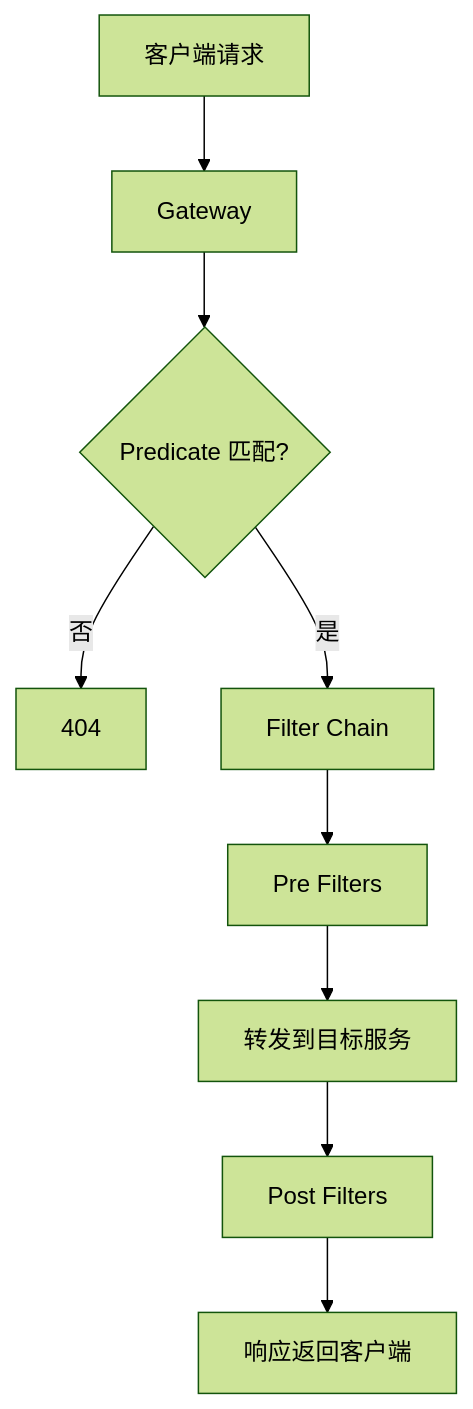
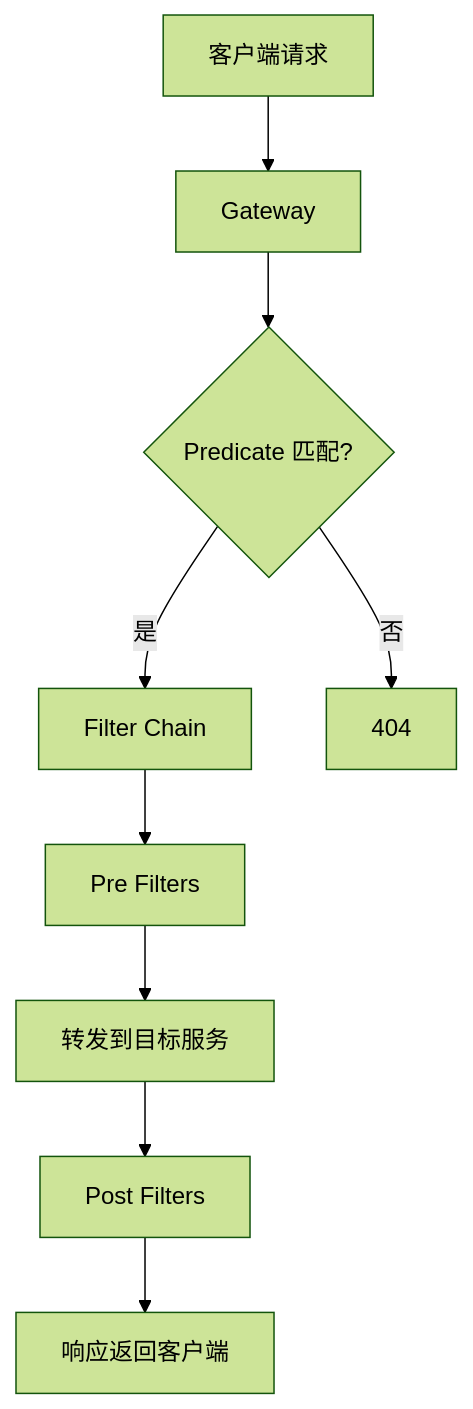
One commit to mansteinr/note-book changed the seventh of 9 diagrams in Java/黑马面试题/Spring全家桶高频面试题详解.md. Above: the diagram before and after it, drawn with Mermaid (forest theme). The commit also changed other lines of this file and 1 other file, not shown here.

Commit message:
spring流程图优化

````diff
--- a/Java/黑马面试题/Spring全家桶高频面试题详解.md
+++ b/Java/黑马面试题/Spring全家桶高频面试题详解.md
@@ -1397,11 +1489,11 @@
 ```mermaid
 flowchart TB
     C[客户端请求] --> G[Gateway]
     G --> P{Predicate 匹配?}
     P -->|是| F[Filter Chain]
-    P -->|否| 404[404]
+    P -->|否| NF[404]
     F --> F1[Pre Filters]
     F1 --> T[转发到目标服务]
     T --> F2[Post Filters]
     F2 --> R[响应返回客户端]
 ```
````
